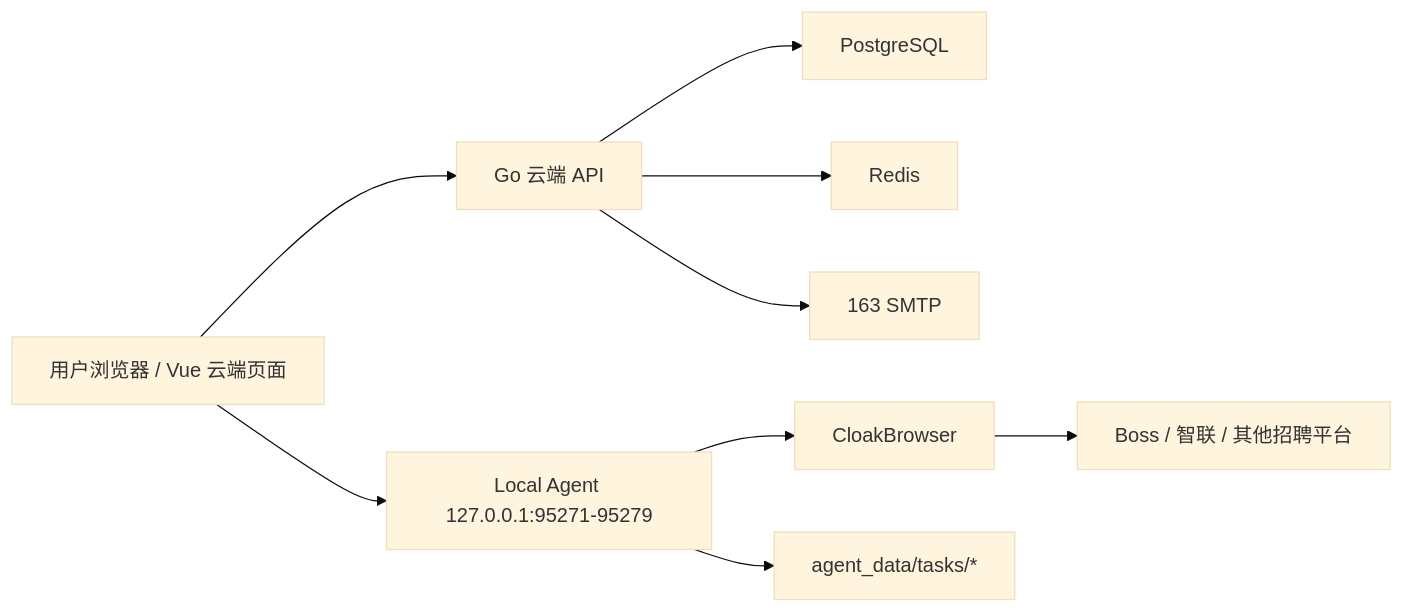
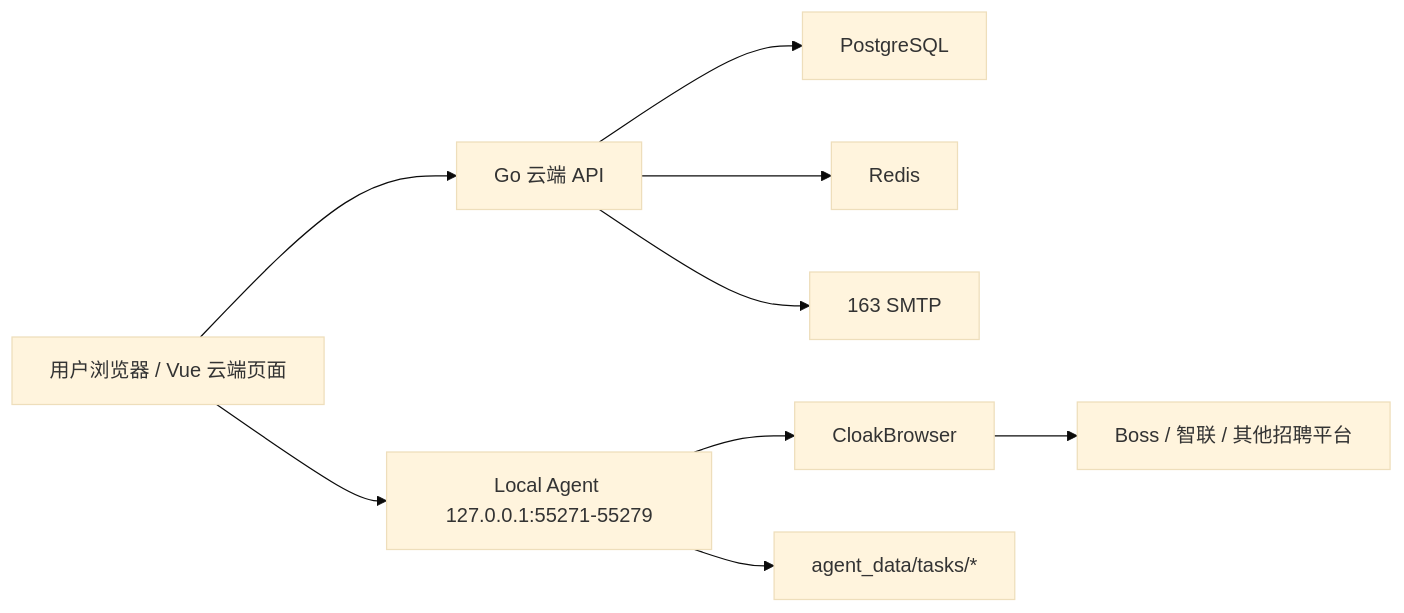
The diagram in goodhr5/docs/architecture.md (hhh0078/goodhr), drawn with Mermaid (base theme) before and after one commit. The commit also changed other lines of this file and 21 other files, not shown here.

````diff
--- a/goodhr5/docs/architecture.md
+++ b/goodhr5/docs/architecture.md
@@ -5,11 +5,11 @@
 ```mermaid
 flowchart LR
   Browser["用户浏览器 / Vue 云端页面"] --> Cloud["Go 云端 API"]
   Cloud --> PG["PostgreSQL"]
   Cloud --> Redis["Redis"]
   Cloud --> SMTP["163 SMTP"]
-  Browser --> Agent["Local Agent 127.0.0.1:95271-95279"]
+  Browser --> Agent["Local Agent 127.0.0.1:55271-55279"]
   Agent --> Cloak["CloakBrowser"]
   Cloak --> Platform["Boss / 智联 / 其他招聘平台"]
   Agent --> LocalFiles["agent_data/tasks/*"]
 ```
````
